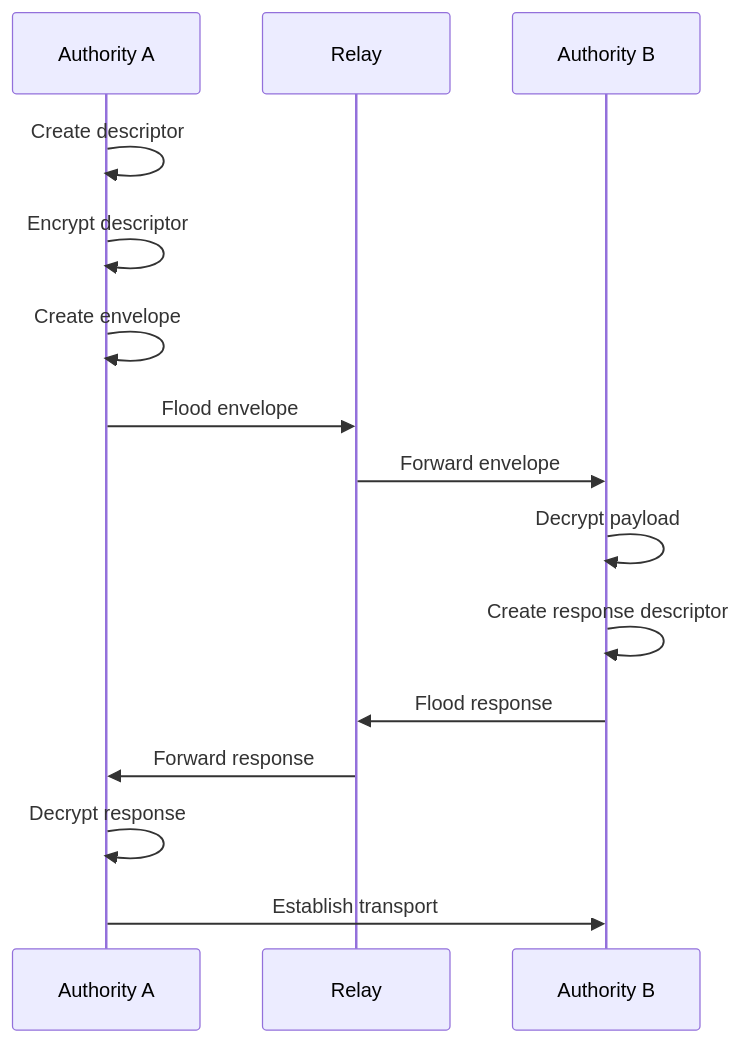
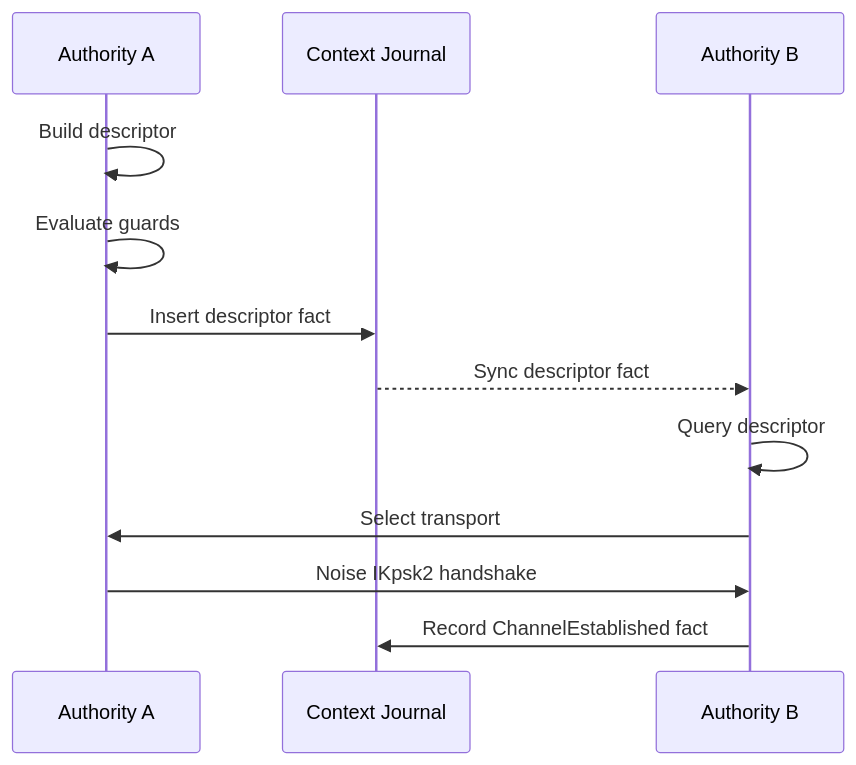
Before and after one commit to hxrts/aura: the diagram in docs/110_rendezvous.md, drawn with Mermaid. The commit also changed other lines of this file and 120 other files, not shown here.

````diff
--- a/docs/110_rendezvous.md
+++ b/docs/110_rendezvous.md
@@ -77,18 +167,15 @@
 ```mermaid
 sequenceDiagram
     participant A as Authority A
-    participant R as Relay
+    participant J as Context Journal
     participant B as Authority B
 
-    A->>A: Create descriptor
-    A->>A: Encrypt descriptor
-    A->>A: Create envelope
-    A->>R: Flood envelope
-    R->>B: Forward envelope
-    B->>B: Decrypt payload
-    B->>B: Create response descriptor
-    B->>R: Flood response
-    R->>A: Forward response
-    A->>A: Decrypt response
-    A->>B: Establish transport
+    A->>A: Build descriptor
+    A->>A: Evaluate guards
+    A->>J: Insert descriptor fact
+    J-->>B: Sync descriptor fact
+    B->>B: Query descriptor
+    B->>A: Select transport
+    A->>B: Noise IKpsk2 handshake
+    B->>J: Record ChannelEstablished fact
 ```
````
